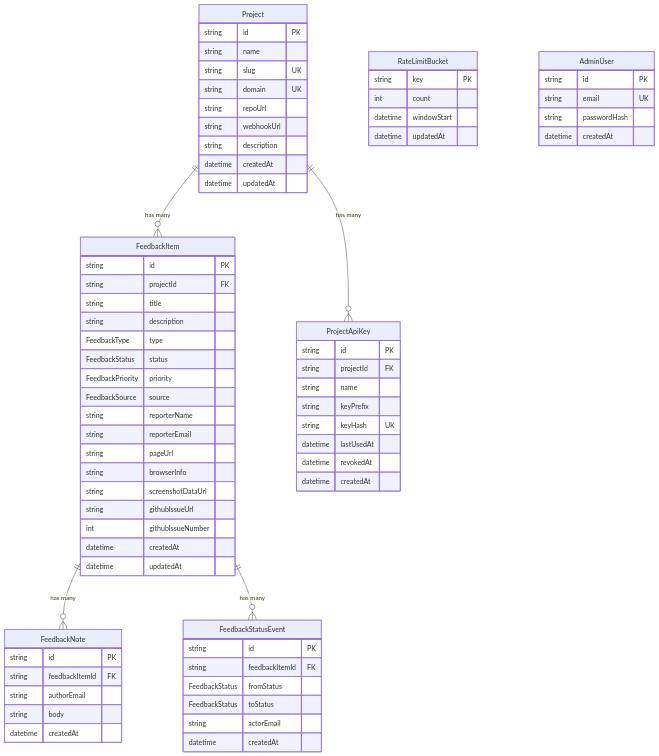
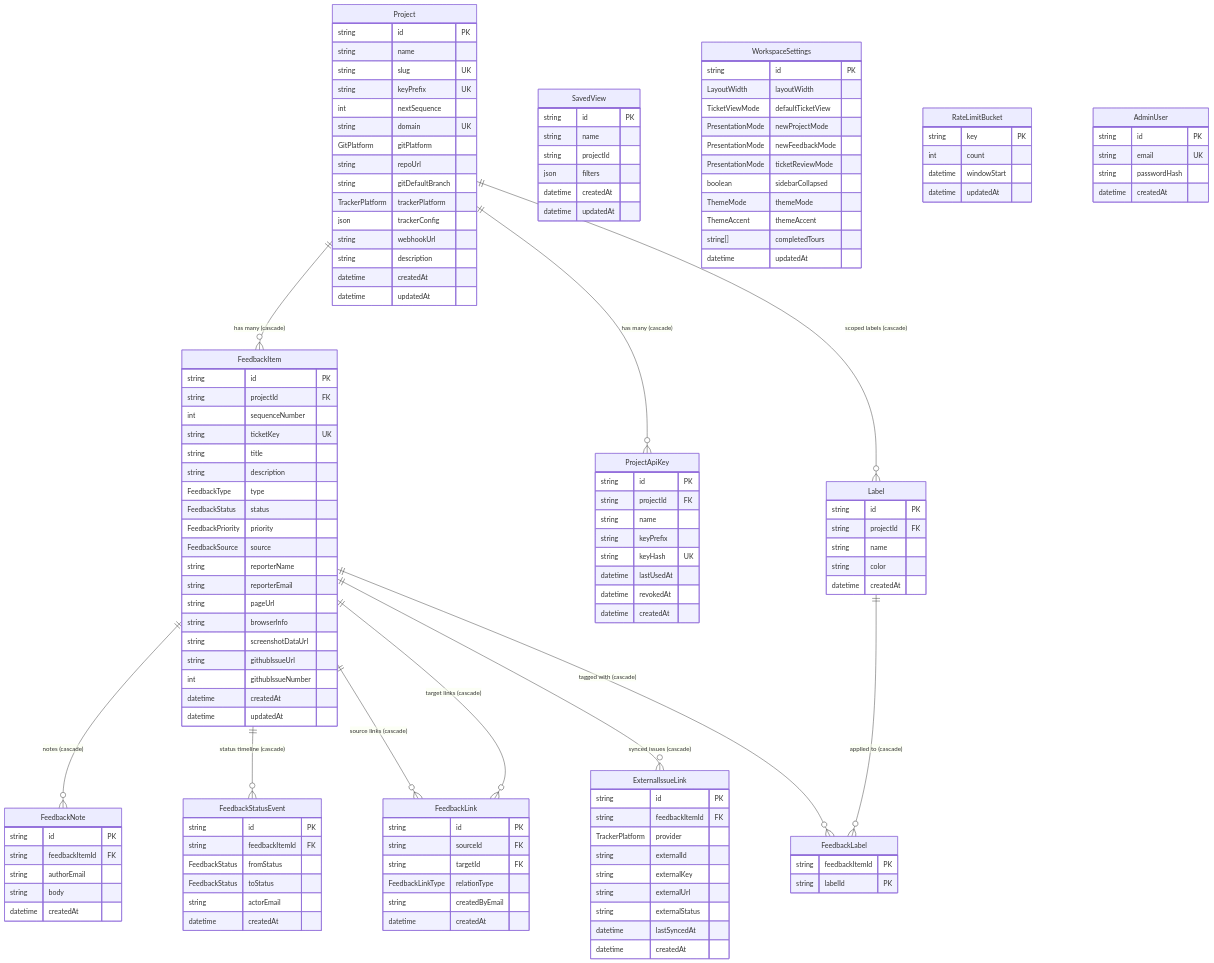
One commit to newtc22222/technical-documents changed the diagram in docs/bug-tracking/architecture/data-model.md. Above: the diagram before and after it, drawn with Mermaid. The commit also changed other lines of this file and 13 other files, not shown here.

````diff
--- a/docs/bug-tracking/architecture/data-model.md
+++ b/docs/bug-tracking/architecture/data-model.md
@@ -17,16 +17,28 @@
 ```mermaid
 erDiagram
-  Project ||--o{ FeedbackItem : "has many"
-  Project ||--o{ ProjectApiKey : "has many"
-  FeedbackItem ||--o{ FeedbackNote : "has many"
-  FeedbackItem ||--o{ FeedbackStatusEvent : "has many"
+  Project ||--o{ FeedbackItem : "has many (cascade)"
+  Project ||--o{ ProjectApiKey : "has many (cascade)"
+  Project ||--o{ Label : "scoped labels (cascade)"
+  FeedbackItem ||--o{ FeedbackNote : "notes (cascade)"
+  FeedbackItem ||--o{ FeedbackStatusEvent : "status timeline (cascade)"
+  FeedbackItem ||--o{ FeedbackLink : "source links (cascade)"
+  FeedbackItem ||--o{ FeedbackLink : "target links (cascade)"
+  FeedbackItem ||--o{ ExternalIssueLink : "synced issues (cascade)"
+  FeedbackItem ||--o{ FeedbackLabel : "tagged with (cascade)"
+  Label ||--o{ FeedbackLabel : "applied to (cascade)"
 
   Project {
     string id PK
     string name
     string slug UK
+    string keyPrefix UK
+    int nextSequence
     string domain UK
+    GitPlatform gitPlatform
     string repoUrl
+    string gitDefaultBranch
+    TrackerPlatform trackerPlatform
+    json trackerConfig
     string webhookUrl
     string description
     datetime createdAt
@@ -36,6 +48,8 @@
   FeedbackItem {
     string id PK
     string projectId FK
+    int sequenceNumber
+    string ticketKey UK
     string title
     string description
     FeedbackType type
@@ -53,6 +67,27 @@
     datetime updatedAt
   }
 
+  FeedbackLink {
+    string id PK
+    string sourceId FK
+    string targetId FK
+    FeedbackLinkType relationType
+    string createdByEmail
+    datetime createdAt
+  }
+
+  ExternalIssueLink {
+    string id PK
+    string feedbackItemId FK
+    TrackerPlatform provider
+    string externalId
+    string externalKey
+    string externalUrl
+    string externalStatus
+    datetime lastSyncedAt
+    datetime createdAt
+  }
+
   FeedbackNote {
     string id PK
     string feedbackItemId FK
@@ -68,6 +103,42 @@
     FeedbackStatus toStatus
     string actorEmail
     datetime createdAt
+  }
+
+  Label {
+    string id PK
+    string projectId FK
+    string name
+    string color
+    datetime createdAt
+  }
+
+  FeedbackLabel {
+    string feedbackItemId PK
+    string labelId PK
+  }
+
+  SavedView {
+    string id PK
+    string name
+    string projectId
+    json filters
+    datetime createdAt
+    datetime updatedAt
+  }
+
+  WorkspaceSettings {
+    string id PK
+    LayoutWidth layoutWidth
+    TicketViewMode defaultTicketView
+    PresentationMode newProjectMode
+    PresentationMode newFeedbackMode
+    PresentationMode ticketReviewMode
+    boolean sidebarCollapsed
+    ThemeMode themeMode
+    ThemeAccent themeAccent
+    string[] completedTours
+    datetime updatedAt
   }
 
   ProjectApiKey {
````
